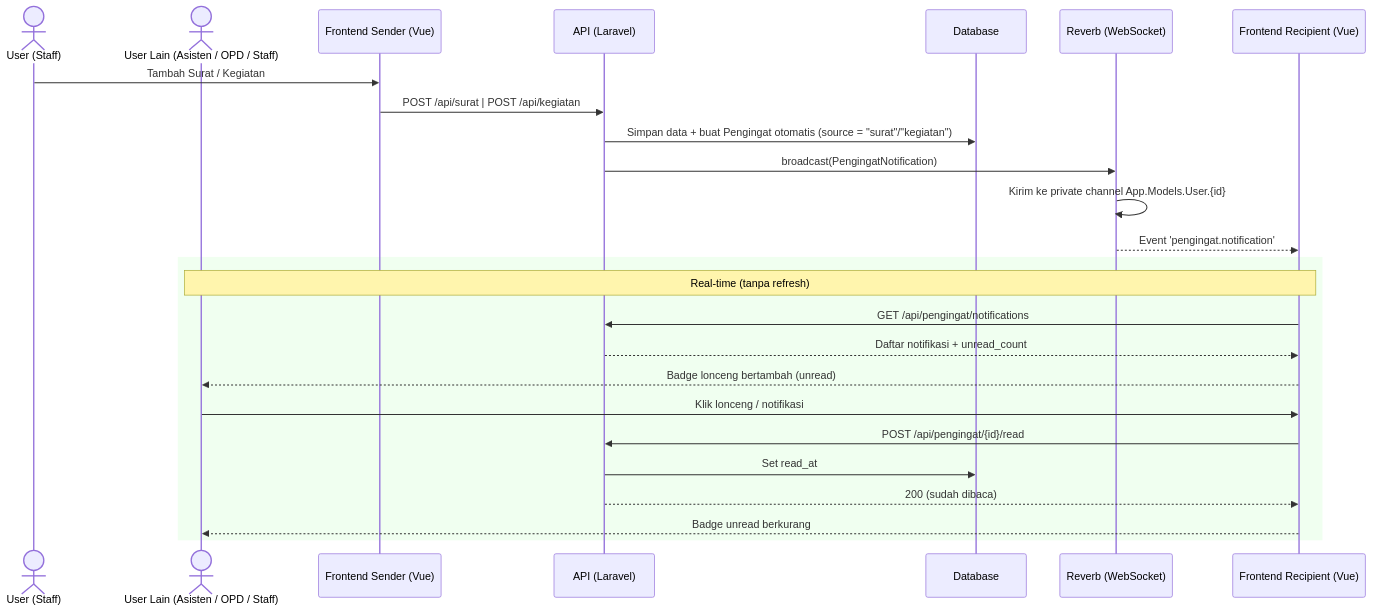
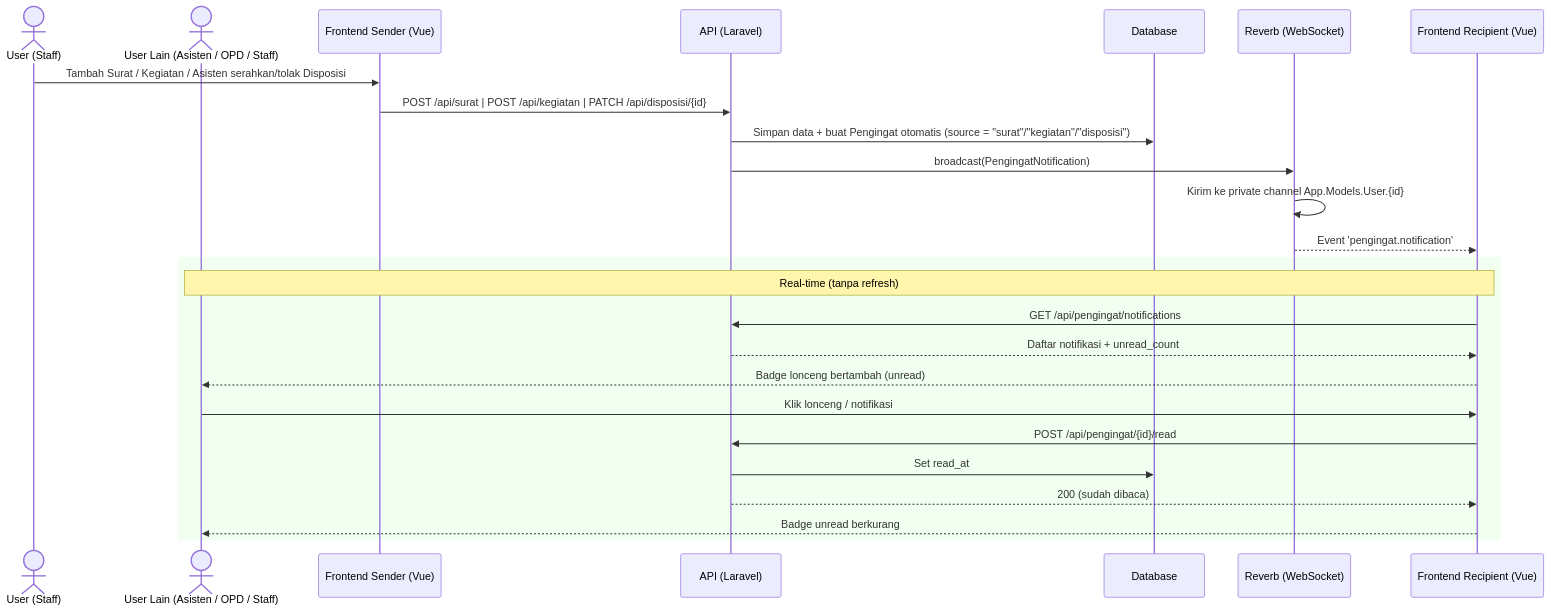
One commit to cisnatinnov/SI_Pengelolaan_Data_Agenda changed the ninth of 16 diagrams in laravel-vue-mvc/docs/UML_Documentation.md. Above: the diagram before and after it, drawn with Mermaid. The commit also changed other lines of this file and 37 other files, not shown here.

Commit message:
Refactor user interface styles in Pengguna, Pengingat, and Surat views; update role permissions for Disposisi API; enhance Disposisi tests to reflect new role restrictions and notification logic; revise documentation for clarity on role capabilities and API behavior.

````diff
--- a/laravel-vue-mvc/docs/UML_Documentation.md
+++ b/laravel-vue-mvc/docs/UML_Documentation.md
@@ -313,29 +323,29 @@
 ```mermaid
 sequenceDiagram
     actor Sender as User (Staff)
     actor Recipient as User Lain (Asisten / OPD / Staff)
     participant UI_A as Frontend Sender (Vue)
     participant API as API (Laravel)
     participant DB as Database
     participant WS as Reverb (WebSocket)
     participant UI_B as Frontend Recipient (Vue)
 
-    Sender->>UI_A: Tambah Surat / Kegiatan
-    UI_A->>API: POST /api/surat | POST /api/kegiatan
-    API->>DB: Simpan data + buat Pengingat otomatis (source = "surat"/"kegiatan")
+    Sender->>UI_A: Tambah Surat / Kegiatan / Asisten serahkan/tolak Disposisi
+    UI_A->>API: POST /api/surat | POST /api/kegiatan | PATCH /api/disposisi/{id}
+    API->>DB: Simpan data + buat Pengingat otomatis (source = "surat"/"kegiatan"/"disposisi")
     API->>WS: broadcast(PengingatNotification)
     WS->>WS: Kirim ke private channel App.Models.User.{id}
     WS-->>UI_B: Event 'pengingat.notification'
 
     rect rgb(240, 255, 240)
         Note over UI_B,Recipient: Real-time (tanpa refresh)
         UI_B->>API: GET /api/pengingat/notifications
         API-->>UI_B: Daftar notifikasi + unread_count
         UI_B-->>Recipient: Badge lonceng bertambah (unread)
         Recipient->>UI_B: Klik lonceng / notifikasi
         UI_B->>API: POST /api/pengingat/{id}/read
         API->>DB: Set read_at
         API-->>UI_B: 200 (sudah dibaca)
         UI_B-->>Recipient: Badge unread berkurang
     end
 ```
````
